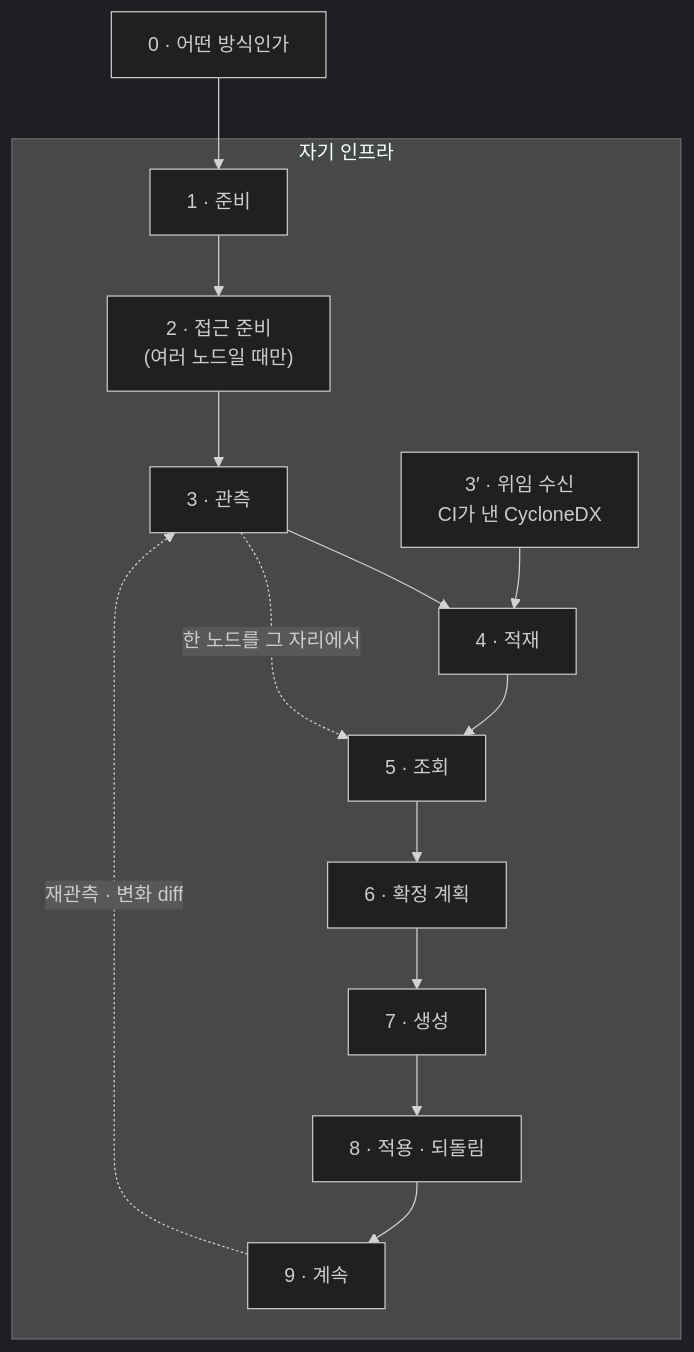
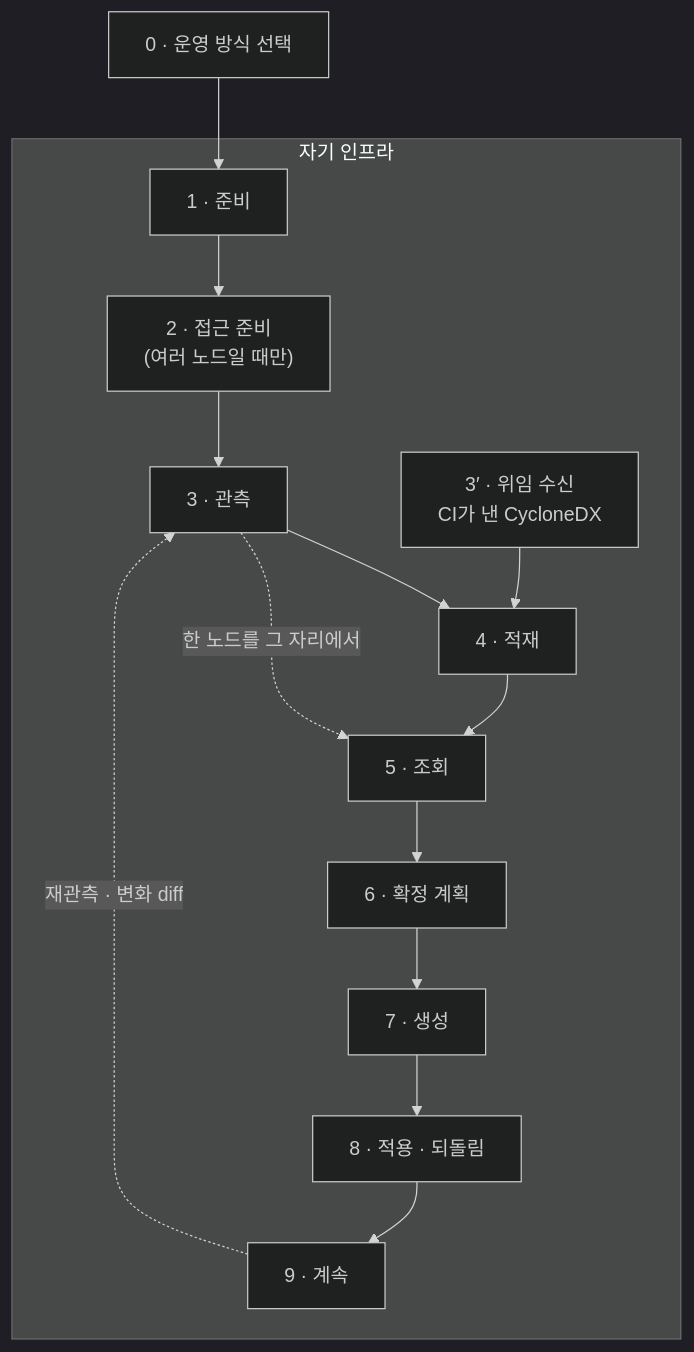
One commit to randyinthedev-hash/pqcota changed the diagram in journey.md. Above: the diagram before and after it, drawn with Mermaid (dark theme). The commit also changed other lines of this file and 8 other files, not shown here.

````diff
--- a/journey.md
+++ b/journey.md
@@ -17,19 +17,19 @@
 ```mermaid
 flowchart TB
-    A["0 · 어떤 방식인가"] --> B
+    A["0 · 운영 방식 선택"] --> B
 
     subgraph inside["자기 인프라"]
       B["1 · 준비"] --> C["2 · 접근 준비<br/>(여러 노드일 때만)"]
       C --> D["3 · 관측"]
       D --> E["4 · 적재"]
       W["3′ · 위임 수신<br/>CI가 낸 CycloneDX"] --> E
       E --> F["5 · 조회"]
       F --> G["6 · 확정 계획"]
       G --> H["7 · 생성"]
       H --> I["8 · 적용 · 되돌림"]
       I --> J["9 · 계속"]
     end
 
     J -.->|"재관측 · 변화 diff"| D
     D -.->|"한 노드를 그 자리에서"| F
 ```
````
